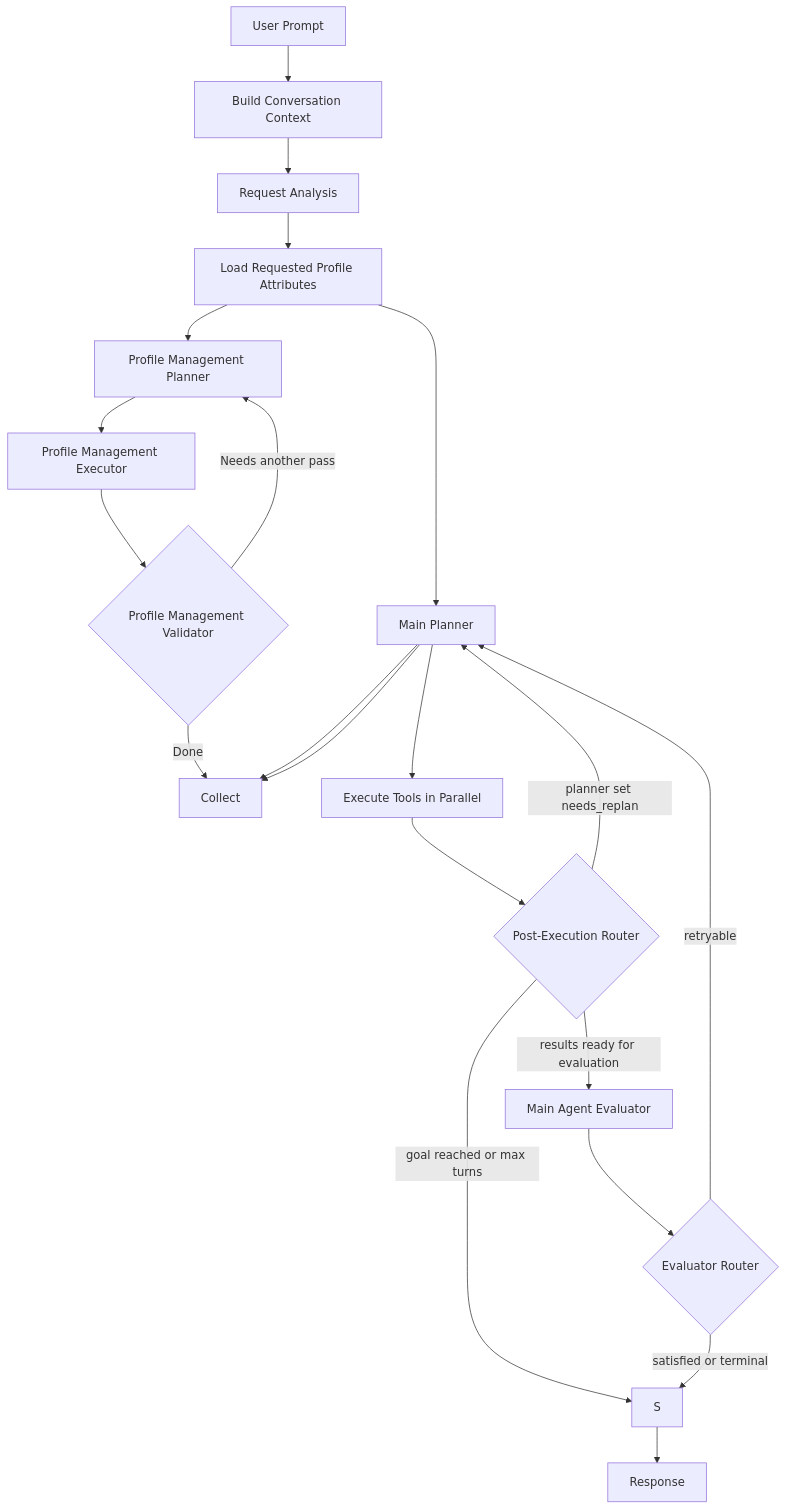
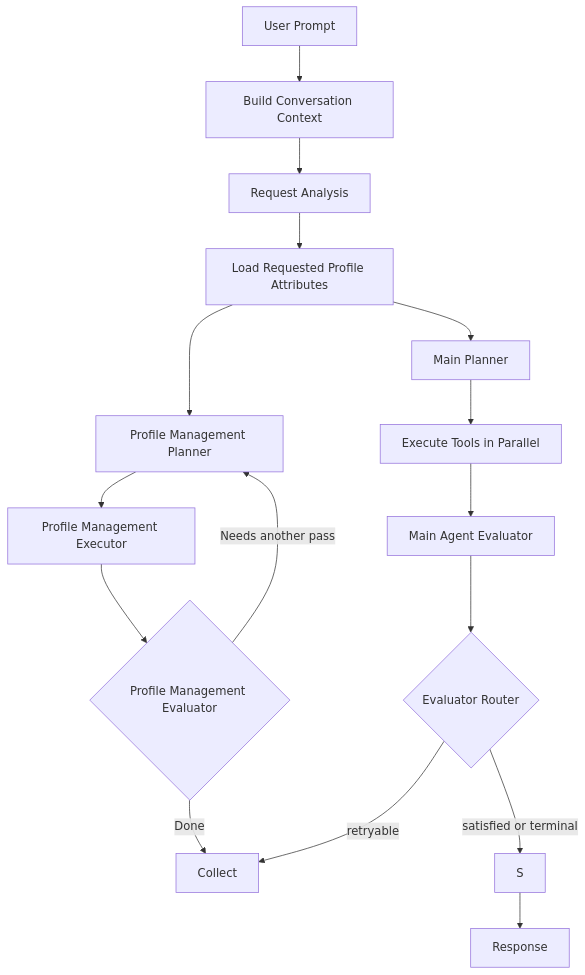
The diagram in README.md (mikeshutov/llm_poc), drawn with Mermaid before and after one commit.

````diff
--- a/README.md
+++ b/README.md
@@ -36,25 +36,19 @@
 ```mermaid
 flowchart TD
     A[User Prompt] --> B[Build Conversation Context]
     B --> C[Request Analysis]
     C --> D[Load Requested Profile Attributes]
     D --> P1[Main Planner]
     D --> PMP[Profile Management Planner]
     PMP --> PMX[Profile Management Executor]
-    PMX --> PMV{Profile Management Validator}
+    PMX --> PMV{Profile Management Evaluator}
     PMV -->|Needs another pass| PMP
     PMV -->|Done| K[Collect]
     P1 --> X[Execute Tools in Parallel]
-    P1 --> K
-
-    X --> R{Post-Execution Router}
-    R -->|goal reached or max turns| S
-    R -->|planner set needs_replan| P1
-    R -->|results ready for evaluation| EV[Main Agent Evaluator]
+    X --> EV[Main Agent Evaluator]
 
     EV --> ER{Evaluator Router}
     ER -->|satisfied or terminal| S
-    ER -->|retryable| P1
-    P1 --> K
+    ER -->|retryable| K
     S --> L[Response]
 ```
````
